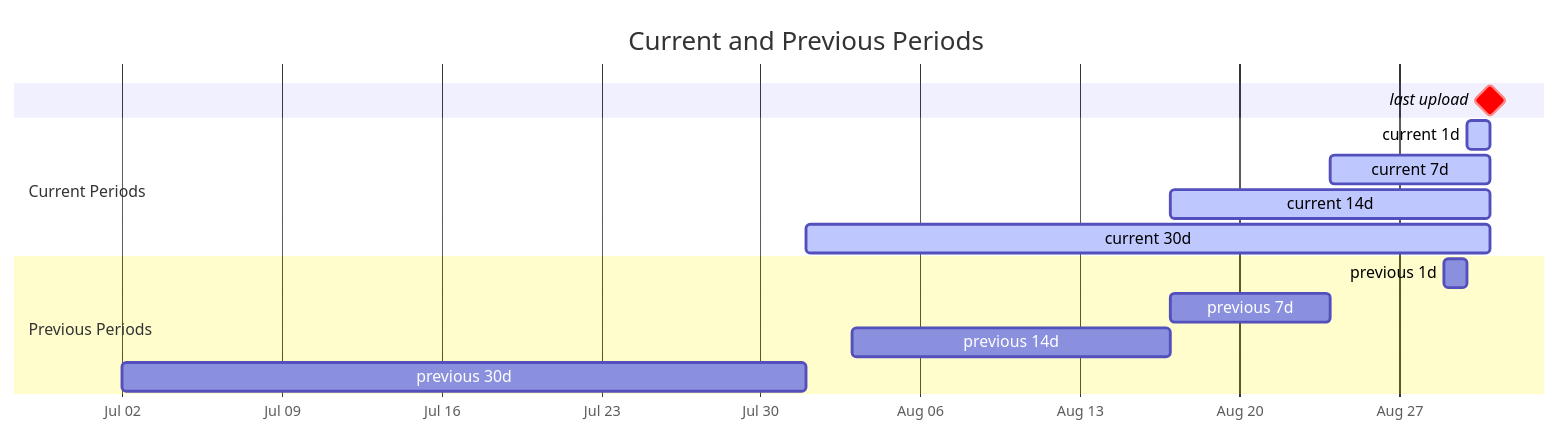
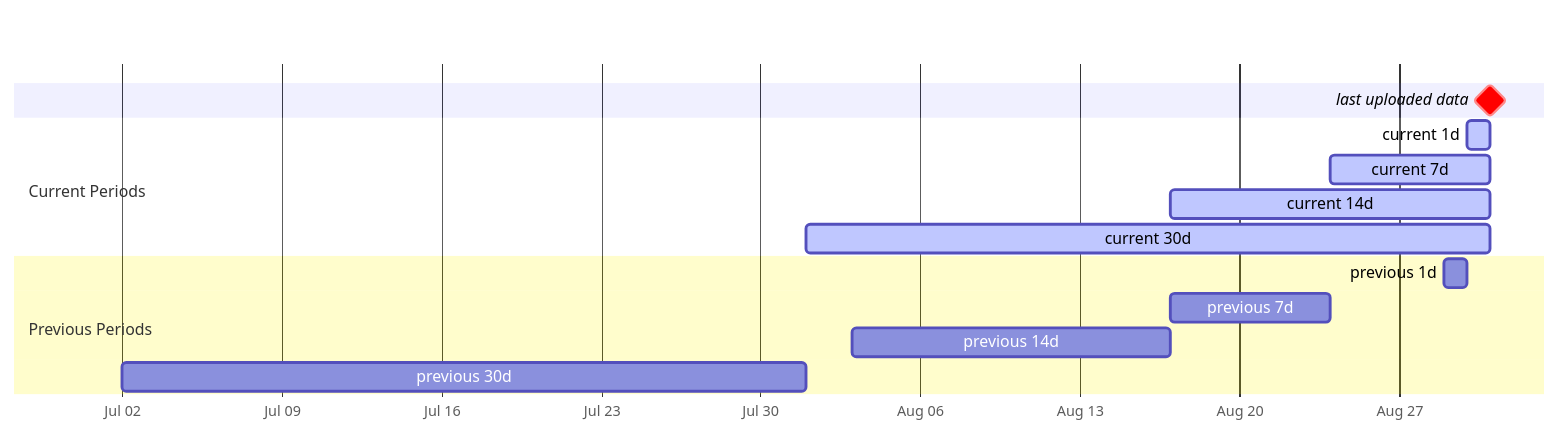
One commit to tidepool-org/TidepoolApi changed the third of 3 diagrams in docs/summary-data.md. Above: the diagram before and after it, drawn with Mermaid. The commit also changed other lines of this file and 1 other file, not shown here.

````diff
--- a/docs/summary-data.md
+++ b/docs/summary-data.md
@@ -72,19 +75,18 @@
 ```mermaid
 gantt
-   title Current and Previous Periods
    dateFormat YYYY-MM-DD
    axisFormat %b %d
    todayMarker off
    tickInterval 1week
-   last upload     :crit, milestone, 2023-08-31, 0d
+   last uploaded data :crit, milestone, 2023-08-31, 0d
    section Current Periods
       current 1d   :active, 2023-08-30, 1d
       current 7d   :active, 2023-08-24, 7d
       current 14d  :active, 2023-08-17, 14d
       current 30d  :active, 2023-08-01, 30d
    section Previous Periods
       previous 1d  :2023-08-29, 1d
       previous 7d  :2023-08-17, 7d
       previous 14d :2023-08-03, 14d
       previous 30d :2023-07-02, 30d
 ```
````
